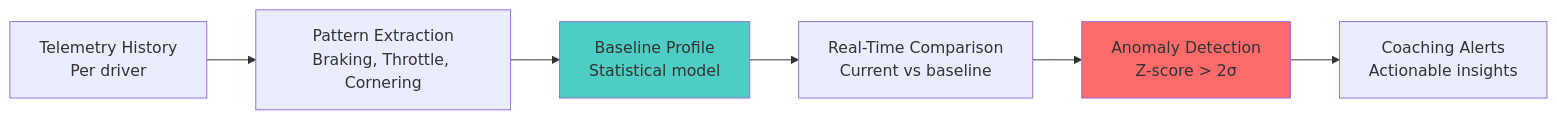
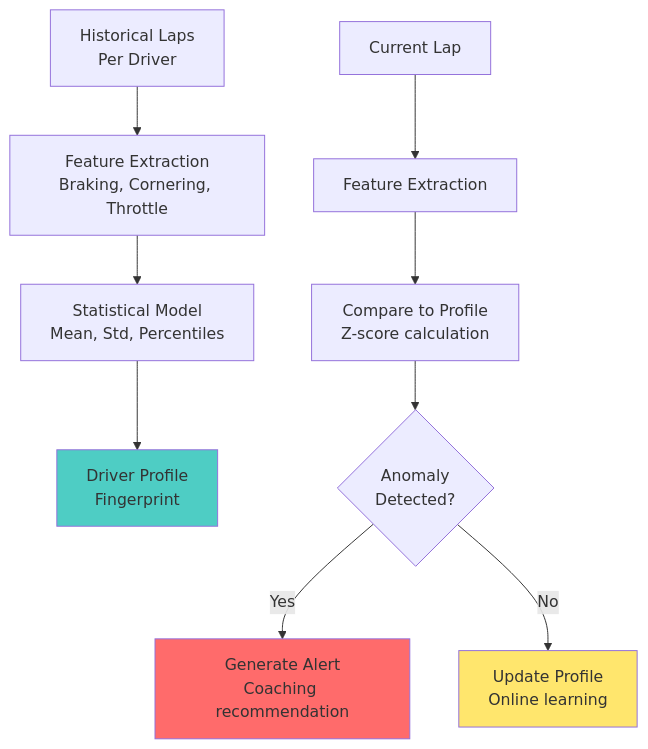
Before and after one commit to lucylow/blank-slate-canvas: diagram 19 of 27 in README.md, drawn with Mermaid. The commit also changed other lines of this file and 2 other files, not shown here.

````diff
--- a/README.md
+++ b/README.md
@@ -1034,11 +1015,16 @@
 ```mermaid
-graph LR
-    A[Telemetry History<br/>Per driver] --> B[Pattern Extraction<br/>Braking, Throttle, Cornering]
-    B --> C[Baseline Profile<br/>Statistical model]
-    C --> D[Real-Time Comparison<br/>Current vs baseline]
-    D --> E[Anomaly Detection<br/>Z-score > 2σ]
-    E --> F[Coaching Alerts<br/>Actionable insights]
+graph TB
+    A[Historical Laps<br/>Per Driver] --> B[Feature Extraction<br/>Braking, Cornering, Throttle]
+    B --> C[Statistical Model<br/>Mean, Std, Percentiles]
+    C --> D[Driver Profile<br/>Fingerprint]
     
-    style C fill:#4ecdc4
-    style E fill:#ff6b6b
+    E[Current Lap] --> F[Feature Extraction]
+    F --> G[Compare to Profile<br/>Z-score calculation]
+    G --> H{Anomaly<br/>Detected?}
+    H -->|Yes| I[Generate Alert<br/>Coaching recommendation]
+    H -->|No| J[Update Profile<br/>Online learning]
+    
+    style D fill:#4ecdc4
+    style I fill:#ff6b6b
+    style J fill:#ffe66d
 ```
````
